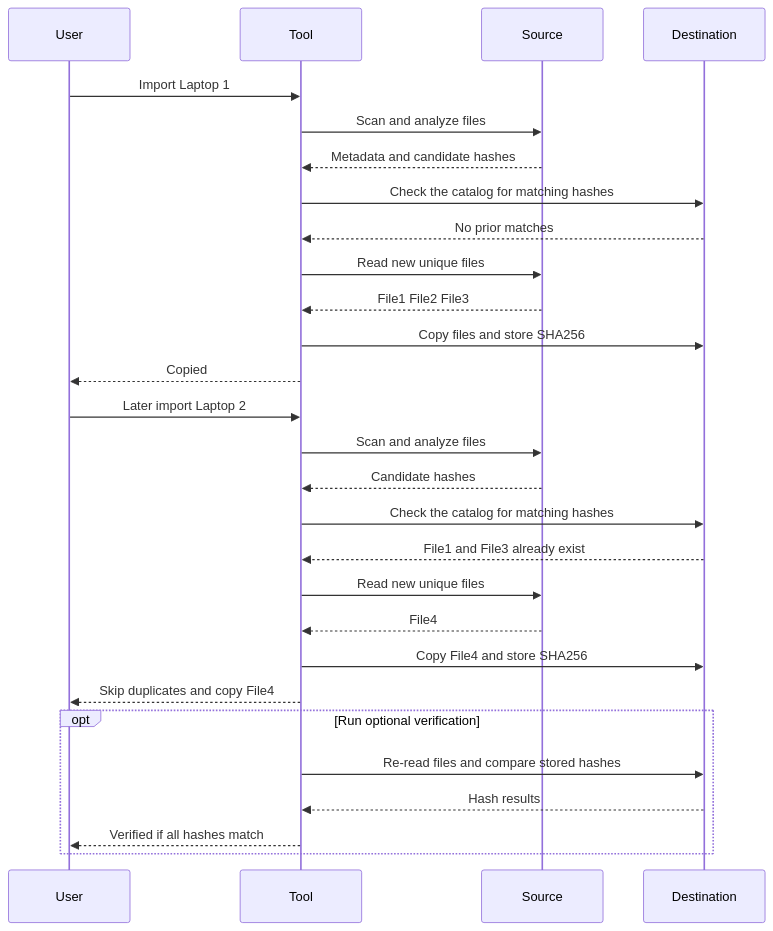
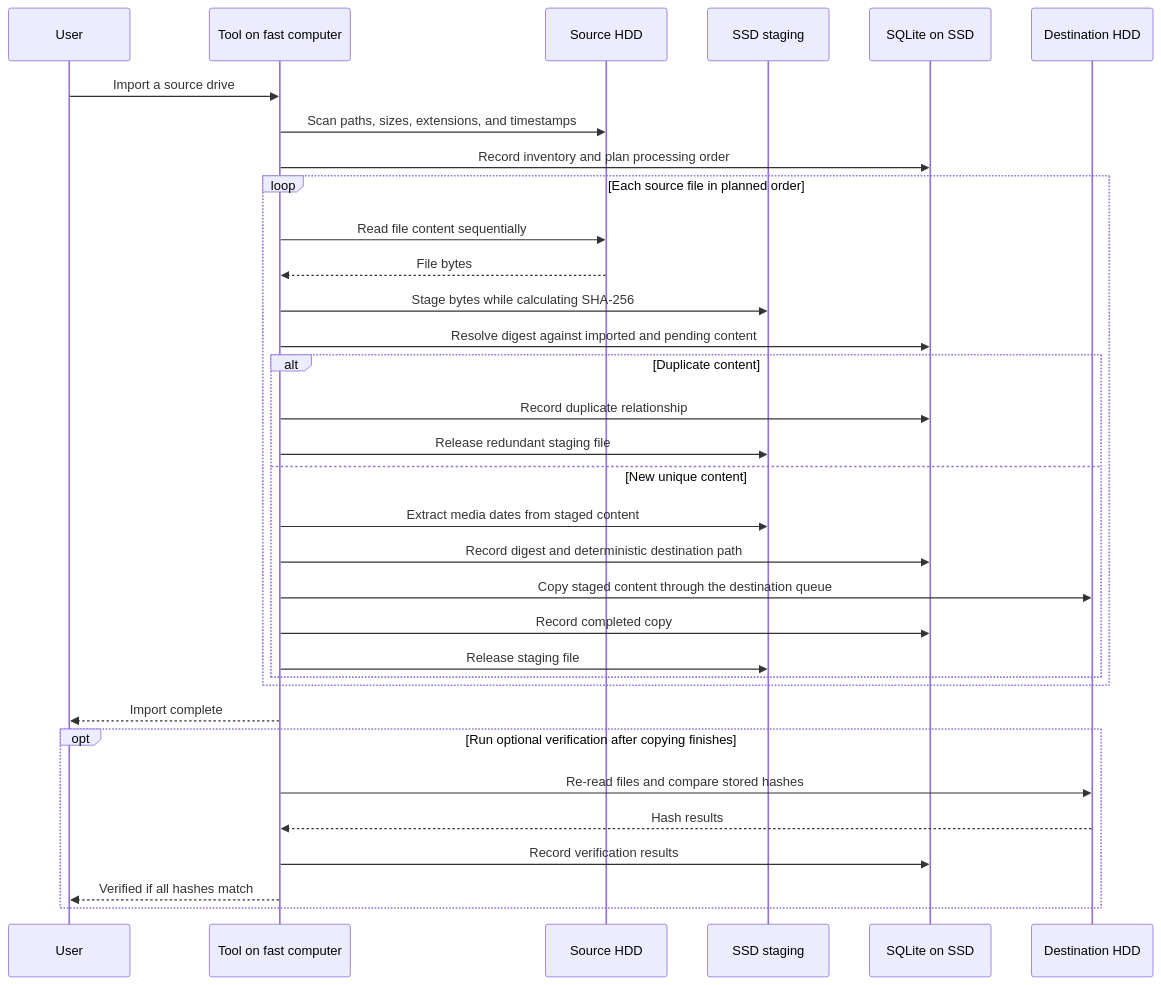
Before and after one commit to zakkoo/unduplicator: the third of 3 diagrams in README.md, drawn with Mermaid. The commit also changed other lines of this file and 1 other file, not shown here.

````diff
--- a/README.md
+++ b/README.md
@@ -22,33 +48,38 @@
 ```mermaid
 sequenceDiagram
     participant U as User
-    participant T as Tool
-    participant S as Source
-    participant D as Destination
+    participant T as Tool on fast computer
+    participant S as Source HDD
+    participant SSD as SSD staging
+    participant DB as SQLite on SSD
+    participant D as Destination HDD
 
-    U->>T: Import Laptop 1
-    T->>S: Scan and analyze files
-    S-->>T: Metadata and candidate hashes
-    T->>D: Check the catalog for matching hashes
-    D-->>T: No prior matches
-    T->>S: Read new unique files
-    S-->>T: File1 File2 File3
-    T->>D: Copy files and store SHA256
-    T-->>U: Copied
+    U->>T: Import a source drive
+    T->>S: Scan paths, sizes, extensions, and timestamps
+    T->>DB: Record inventory and plan processing order
 
-    U->>T: Later import Laptop 2
-    T->>S: Scan and analyze files
-    S-->>T: Candidate hashes
-    T->>D: Check the catalog for matching hashes
-    D-->>T: File1 and File3 already exist
-    T->>S: Read new unique files
-    S-->>T: File4
-    T->>D: Copy File4 and store SHA256
-    T-->>U: Skip duplicates and copy File4
+    loop Each source file in planned order
+        T->>S: Read file content sequentially
+        S-->>T: File bytes
+        T->>SSD: Stage bytes while calculating SHA-256
+        T->>DB: Resolve digest against imported and pending content
+        alt Duplicate content
+            T->>DB: Record duplicate relationship
+            T->>SSD: Release redundant staging file
+        else New unique content
+            T->>SSD: Extract media dates from staged content
+            T->>DB: Record digest and deterministic destination path
+            T->>D: Copy staged content through the destination queue
+            T->>DB: Record completed copy
+            T->>SSD: Release staging file
+        end
+    end
+    T-->>U: Import complete
 
-    opt Run optional verification
+    opt Run optional verification after copying finishes
         T->>D: Re-read files and compare stored hashes
         D-->>T: Hash results
+        T->>DB: Record verification results
         T-->>U: Verified if all hashes match
     end
 ```
````
